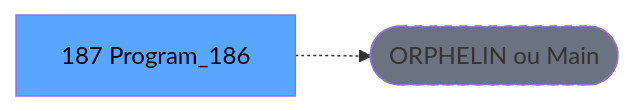
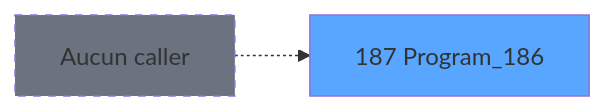
The second of 3 diagrams in .openspec/specs/ADH-IDE-187.md (thonyAGP/magic-migration), drawn with Mermaid before and after one commit. The commit also changed other lines of this file and 311 other files, not shown here.

````diff
--- a/.openspec/specs/ADH-IDE-187.md
+++ b/.openspec/specs/ADH-IDE-187.md
@@ -121,8 +104,8 @@
 ```mermaid
 graph LR
-    T[187 Program_186]
-    ORPHAN([ORPHELIN ou Main])
-    T -.-> ORPHAN
-    style T fill:#58a6ff,color:#000
-    style ORPHAN fill:#6b7280,stroke-dasharray: 5 5
+    T187[187 Program_186]
+    style T187 fill:#58a6ff
+    NONE[Aucun caller]
+    NONE -.-> T187
+    style NONE fill:#6b7280,stroke-dasharray: 5 5
 ```
````
